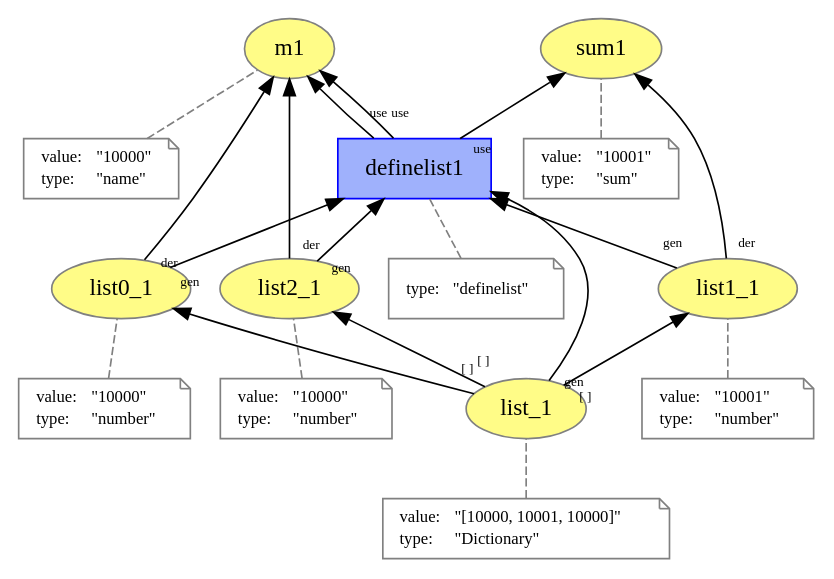
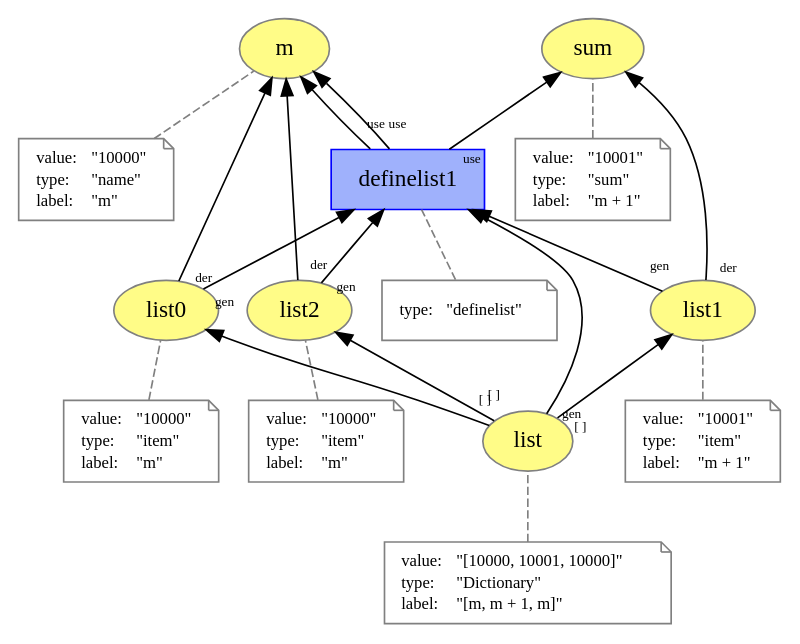
One commit to dew-uff/versioned-prov changed the diagram in plain_prov/list.dot. Above: the diagram before and after it, drawn with Graphviz. The commit also changed 51 other files, not shown here.

```diff
--- a/plain_prov/list.dot
+++ b/plain_prov/list.dot
@@ -1,95 +1,119 @@
 digraph "PROV" { size="16,12"; rankdir="BT";
-"http://example.org/m1" [fillcolor="#FFFC87",color="#808080",style="filled",label="m1",URL="http://example.org/m1"]
+"http://example.org/m" [fillcolor="#FFFC87",color="#808080",style="filled",label="m",URL="http://example.org/m"]
 "-attrs0" [color="gray",shape="note",fontsize="10",fontcolor="black",label=<<TABLE cellpadding="0" border="0">
 	<TR>
 	    <TD align="left">value:</TD>
 	    <TD align="left">&quot;10000&quot;</TD>
 	</TR>
 	<TR>
 	    <TD align="left">type:</TD>
 	    <TD align="left">&quot;name&quot;</TD>
 	</TR>
+	<TR>
+	    <TD align="left">label:</TD>
+	    <TD align="left">&quot;m&quot;</TD>
+	</TR>
 </TABLE>>]
-"-attrs0" -> "http://example.org/m1" [color="gray",style="dashed",arrowhead="none"]
-"http://example.org/sum1" [fillcolor="#FFFC87",color="#808080",style="filled",label="sum1",URL="http://example.org/sum1"]
+"-attrs0" -> "http://example.org/m" [color="gray",style="dashed",arrowhead="none"]
+"http://example.org/sum" [fillcolor="#FFFC87",color="#808080",style="filled",label="sum",URL="http://example.org/sum"]
 "-attrs1" [color="gray",shape="note",fontsize="10",fontcolor="black",label=<<TABLE cellpadding="0" border="0">
 	<TR>
 	    <TD align="left">value:</TD>
 	    <TD align="left">&quot;10001&quot;</TD>
 	</TR>
 	<TR>
 	    <TD align="left">type:</TD>
 	    <TD align="left">&quot;sum&quot;</TD>
 	</TR>
+	<TR>
+	    <TD align="left">label:</TD>
+	    <TD align="left">&quot;m + 1&quot;</TD>
+	</TR>
 </TABLE>>]
-"-attrs1" -> "http://example.org/sum1" [color="gray",style="dashed",arrowhead="none"]
-"http://example.org/list_1" [fillcolor="#FFFC87",color="#808080",style="filled",label="list_1",URL="http://example.org/list_1"]
+"-attrs1" -> "http://example.org/sum" [color="gray",style="dashed",arrowhead="none"]
+"http://example.org/list" [fillcolor="#FFFC87",color="#808080",style="filled",label="list",URL="http://example.org/list"]
 "-attrs2" [color="gray",shape="note",fontsize="10",fontcolor="black",label=<<TABLE cellpadding="0" border="0">
 	<TR>
 	    <TD align="left">value:</TD>
 	    <TD align="left">&quot;[10000, 10001, 10000]&quot;</TD>
 	</TR>
 	<TR>
 	    <TD align="left">type:</TD>
 	    <TD align="left">&quot;Dictionary&quot;</TD>
 	</TR>
+	<TR>
+	    <TD align="left">label:</TD>
+	    <TD align="left">&quot;[m, m + 1, m]&quot;</TD>
+	</TR>
 </TABLE>>]
-"-attrs2" -> "http://example.org/list_1" [color="gray",style="dashed",arrowhead="none"]
-"http://example.org/list0_1" [fillcolor="#FFFC87",color="#808080",style="filled",label="list0_1",URL="http://example.org/list0_1"]
+"-attrs2" -> "http://example.org/list" [color="gray",style="dashed",arrowhead="none"]
+"http://example.org/list0" [fillcolor="#FFFC87",color="#808080",style="filled",label="list0",URL="http://example.org/list0"]
 "-attrs3" [color="gray",shape="note",fontsize="10",fontcolor="black",label=<<TABLE cellpadding="0" border="0">
 	<TR>
 	    <TD align="left">value:</TD>
 	    <TD align="left">&quot;10000&quot;</TD>
 	</TR>
 	<TR>
 	    <TD align="left">type:</TD>
-	    <TD align="left">&quot;number&quot;</TD>
+	    <TD align="left">&quot;item&quot;</TD>
+	</TR>
+	<TR>
+	    <TD align="left">label:</TD>
+	    <TD align="left">&quot;m&quot;</TD>
 	</TR>
 </TABLE>>]
-"-attrs3" -> "http://example.org/list0_1" [color="gray",style="dashed",arrowhead="none"]
-"http://example.org/list1_1" [fillcolor="#FFFC87",color="#808080",style="filled",label="list1_1",URL="http://example.org/list1_1"]
+"-attrs3" -> "http://example.org/list0" [color="gray",style="dashed",arrowhead="none"]
+"http://example.org/list1" [fillcolor="#FFFC87",color="#808080",style="filled",label="list1",URL="http://example.org/list1"]
 "-attrs4" [color="gray",shape="note",fontsize="10",fontcolor="black",label=<<TABLE cellpadding="0" border="0">
 	<TR>
 	    <TD align="left">value:</TD>
 	    <TD align="left">&quot;10001&quot;</TD>
 	</TR>
 	<TR>
 	    <TD align="left">type:</TD>
-	    <TD align="left">&quot;number&quot;</TD>
+	    <TD align="left">&quot;item&quot;</TD>
+	</TR>
+	<TR>
+	    <TD align="left">label:</TD>
+	    <TD align="left">&quot;m + 1&quot;</TD>
 	</TR>
 </TABLE>>]
-"-attrs4" -> "http://example.org/list1_1" [color="gray",style="dashed",arrowhead="none"]
-"http://example.org/list2_1" [fillcolor="#FFFC87",color="#808080",style="filled",label="list2_1",URL="http://example.org/list2_1"]
+"-attrs4" -> "http://example.org/list1" [color="gray",style="dashed",arrowhead="none"]
+"http://example.org/list2" [fillcolor="#FFFC87",color="#808080",style="filled",label="list2",URL="http://example.org/list2"]
 "-attrs5" [color="gray",shape="note",fontsize="10",fontcolor="black",label=<<TABLE cellpadding="0" border="0">
 	<TR>
 	    <TD align="left">value:</TD>
 	    <TD align="left">&quot;10000&quot;</TD>
 	</TR>
 	<TR>
 	    <TD align="left">type:</TD>
-	    <TD align="left">&quot;number&quot;</TD>
+	    <TD align="left">&quot;item&quot;</TD>
+	</TR>
+	<TR>
+	    <TD align="left">label:</TD>
+	    <TD align="left">&quot;m&quot;</TD>
 	</TR>
 </TABLE>>]
-"-attrs5" -> "http://example.org/list2_1" [color="gray",style="dashed",arrowhead="none"]
-"http://example.org/list_1" -> "http://example.org/list0_1" [labelfontsize="8",labeldistance="1.5",labelangle="60.0",rotation="20",taillabel="[ ]"]
-"http://example.org/list_1" -> "http://example.org/list1_1" [labelfontsize="8",labeldistance="1.5",labelangle="60.0",rotation="20",taillabel="[ ]"]
-"http://example.org/list_1" -> "http://example.org/list2_1" [labelfontsize="8",labeldistance="1.5",labelangle="60.0",rotation="20",taillabel="[ ]"]
+"-attrs5" -> "http://example.org/list2" [color="gray",style="dashed",arrowhead="none"]
+"http://example.org/list" -> "http://example.org/list0" [labelfontsize="8",labeldistance="1.5",labelangle="60.0",rotation="20",taillabel="[ ]"]
+"http://example.org/list" -> "http://example.org/list1" [labelfontsize="8",labeldistance="1.5",labelangle="60.0",rotation="20",taillabel="[ ]"]
+"http://example.org/list" -> "http://example.org/list2" [labelfontsize="8",labeldistance="1.5",labelangle="60.0",rotation="20",taillabel="[ ]"]
 "http://example.org/definelist1" [fillcolor="#9FB1FC",color="#0000FF",shape="polygon",sides="4",style="filled",label="definelist1",URL="http://example.org/definelist1"]
 "-attrs6" [color="gray",shape="note",fontsize="10",fontcolor="black",label=<<TABLE cellpadding="0" border="0">
 	<TR>
 	    <TD align="left">type:</TD>
 	    <TD align="left">&quot;definelist&quot;</TD>
 	</TR>
 </TABLE>>]
 "-attrs6" -> "http://example.org/definelist1" [color="gray",style="dashed",arrowhead="none"]
-"http://example.org/definelist1" -> "http://example.org/m1" [labelfontsize="8",labeldistance="1.5",labelangle="60.0",rotation="20",taillabel="use"]
-"http://example.org/list0_1" -> "http://example.org/definelist1" [labelfontsize="8",labeldistance="1.5",labelangle="60.0",rotation="20",taillabel="gen"]
-"http://example.org/list0_1" -> "http://example.org/m1" [labelfontsize="8",labeldistance="1.5",labelangle="60.0",rotation="20",taillabel="der"]
-"http://example.org/definelist1" -> "http://example.org/sum1" [labelfontsize="8",labeldistance="1.5",labelangle="60.0",rotation="20",taillabel="use"]
-"http://example.org/list1_1" -> "http://example.org/definelist1" [labelfontsize="8",labeldistance="1.5",labelangle="60.0",rotation="20",taillabel="gen"]
-"http://example.org/list1_1" -> "http://example.org/sum1" [labelfontsize="8",labeldistance="1.5",labelangle="60.0",rotation="20",taillabel="der"]
-"http://example.org/definelist1" -> "http://example.org/m1" [labelfontsize="8",labeldistance="1.5",labelangle="60.0",rotation="20",taillabel="use"]
-"http://example.org/list2_1" -> "http://example.org/definelist1" [labelfontsize="8",labeldistance="1.5",labelangle="60.0",rotation="20",taillabel="gen"]
-"http://example.org/list2_1" -> "http://example.org/m1" [labelfontsize="8",labeldistance="1.5",labelangle="60.0",rotation="20",taillabel="der"]
-"http://example.org/list_1" -> "http://example.org/definelist1" [labelfontsize="8",labeldistance="1.5",labelangle="60.0",rotation="20",taillabel="gen"]
+"http://example.org/definelist1" -> "http://example.org/m" [labelfontsize="8",labeldistance="1.5",labelangle="60.0",rotation="20",taillabel="use"]
+"http://example.org/list0" -> "http://example.org/definelist1" [labelfontsize="8",labeldistance="1.5",labelangle="60.0",rotation="20",taillabel="gen"]
+"http://example.org/list0" -> "http://example.org/m" [labelfontsize="8",labeldistance="1.5",labelangle="60.0",rotation="20",taillabel="der"]
+"http://example.org/definelist1" -> "http://example.org/sum" [labelfontsize="8",labeldistance="1.5",labelangle="60.0",rotation="20",taillabel="use"]
+"http://example.org/list1" -> "http://example.org/definelist1" [labelfontsize="8",labeldistance="1.5",labelangle="60.0",rotation="20",taillabel="gen"]
+"http://example.org/list1" -> "http://example.org/sum" [labelfontsize="8",labeldistance="1.5",labelangle="60.0",rotation="20",taillabel="der"]
+"http://example.org/definelist1" -> "http://example.org/m" [labelfontsize="8",labeldistance="1.5",labelangle="60.0",rotation="20",taillabel="use"]
+"http://example.org/list2" -> "http://example.org/definelist1" [labelfontsize="8",labeldistance="1.5",labelangle="60.0",rotation="20",taillabel="gen"]
+"http://example.org/list2" -> "http://example.org/m" [labelfontsize="8",labeldistance="1.5",labelangle="60.0",rotation="20",taillabel="der"]
+"http://example.org/list" -> "http://example.org/definelist1" [labelfontsize="8",labeldistance="1.5",labelangle="60.0",rotation="20",taillabel="gen"]
 }
```
